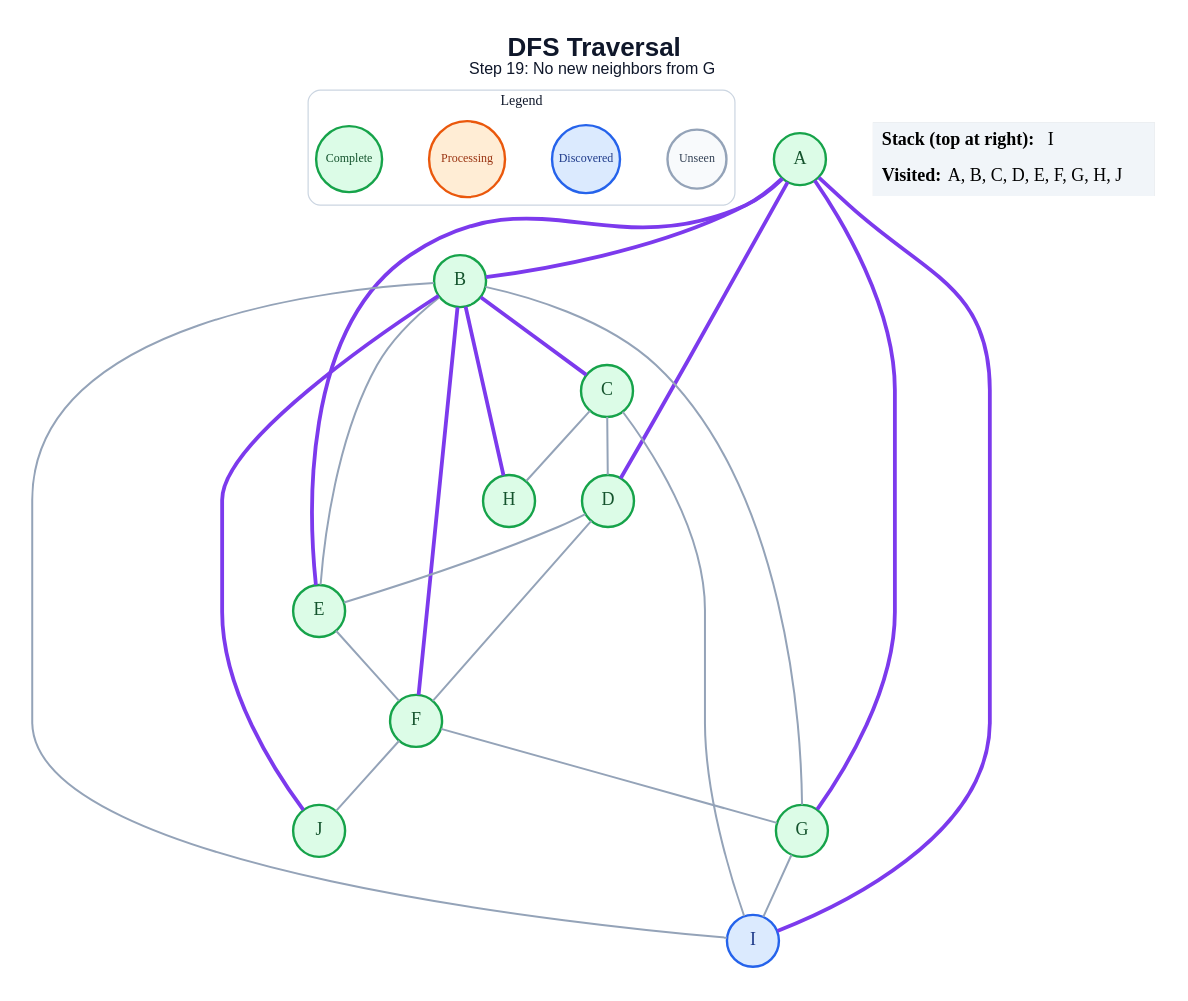
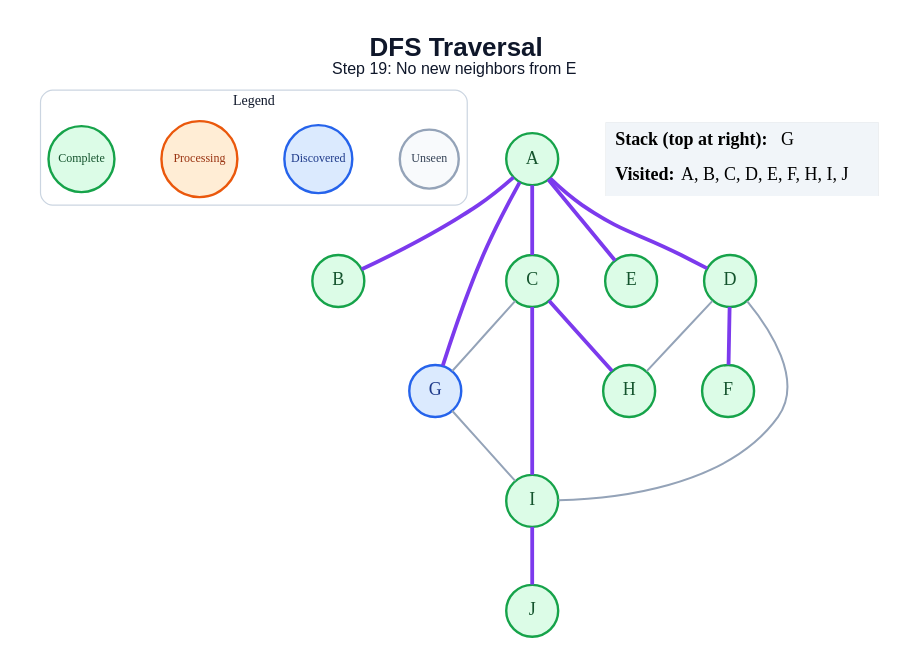
Before and after one commit to amanghodawala9/ai-slop: the diagram in generated/dfs/step_19.dot, drawn with Graphviz. The commit also changed 178 other files, not shown here.

```diff
--- a/generated/dfs/step_19.dot
+++ b/generated/dfs/step_19.dot
@@ -1,50 +1,42 @@
 graph traversal {
   graph [layout=dot, rankdir=TB, bgcolor="#FFFFFF", pad="0.35", nodesep="0.65", ranksep="0.8", fontname="Arial"];
   node [shape=circle, style="filled", fontname="Arial Bold", fontsize=18, width=0.72, fixedsize=true, penwidth=2.4];
   edge [color="#94A3B8", penwidth=2.0];
-  label=<<B>DFS Traversal</B><BR/><FONT POINT-SIZE="16">Step 19: No new neighbors from G</FONT>>; labelloc="t"; fontsize=26; fontname="Arial"; fontcolor="#0F172A";
+  label=<<B>DFS Traversal</B><BR/><FONT POINT-SIZE="16">Step 19: No new neighbors from E</FONT>>; labelloc="t"; fontsize=26; fontname="Arial"; fontcolor="#0F172A";
   subgraph cluster_legend { label="Legend"; color="#CBD5E1"; penwidth=1.2; style="rounded"; fontsize=14; fontname="Arial Bold";
     key_unseen [label="Unseen", fillcolor="#F8FAFC", color="#94A3B8", fontcolor="#334155", fontsize=12, width=0.82];
     key_frontier [label="Discovered", fillcolor="#DBEAFE", color="#2563EB", fontcolor="#1E3A8A", fontsize=12, width=0.95];
     key_current [label="Processing", fillcolor="#FFEDD5", color="#EA580C", fontcolor="#9A3412", fontsize=12, width=1.05];
     key_done [label="Complete", fillcolor="#DCFCE7", color="#16A34A", fontcolor="#14532D", fontsize=12, width=0.92];
     { rank=same; key_unseen; key_frontier; key_current; key_done; }
   }
   A [fillcolor="#DCFCE7", color="#16A34A", fontcolor="#14532D"];
   B [fillcolor="#DCFCE7", color="#16A34A", fontcolor="#14532D"];
   C [fillcolor="#DCFCE7", color="#16A34A", fontcolor="#14532D"];
   D [fillcolor="#DCFCE7", color="#16A34A", fontcolor="#14532D"];
   E [fillcolor="#DCFCE7", color="#16A34A", fontcolor="#14532D"];
   F [fillcolor="#DCFCE7", color="#16A34A", fontcolor="#14532D"];
-  G [fillcolor="#DCFCE7", color="#16A34A", fontcolor="#14532D"];
+  G [fillcolor="#DBEAFE", color="#2563EB", fontcolor="#1E3A8A"];
   H [fillcolor="#DCFCE7", color="#16A34A", fontcolor="#14532D"];
-  I [fillcolor="#DBEAFE", color="#2563EB", fontcolor="#1E3A8A"];
+  I [fillcolor="#DCFCE7", color="#16A34A", fontcolor="#14532D"];
   J [fillcolor="#DCFCE7", color="#16A34A", fontcolor="#14532D"];
   A -- B [color="#7C3AED", penwidth=3.8];
+  A -- C [color="#7C3AED", penwidth=3.8];
   A -- D [color="#7C3AED", penwidth=3.8];
   A -- E [color="#7C3AED", penwidth=3.8];
   A -- G [color="#7C3AED", penwidth=3.8];
-  A -- I [color="#7C3AED", penwidth=3.8];
-  B -- C [color="#7C3AED", penwidth=3.8];
-  B -- E;
-  B -- F [color="#7C3AED", penwidth=3.8];
-  B -- G;
-  B -- H [color="#7C3AED", penwidth=3.8];
-  B -- I;
-  B -- J [color="#7C3AED", penwidth=3.8];
-  C -- D;
-  C -- H;
-  C -- I;
-  D -- E;
-  D -- F;
-  E -- F;
-  F -- G;
-  F -- J;
+  C -- G;
+  C -- H [color="#7C3AED", penwidth=3.8];
+  C -- I [color="#7C3AED", penwidth=3.8];
+  D -- F [color="#7C3AED", penwidth=3.8];
+  D -- H;
+  D -- I;
   G -- I;
+  I -- J [color="#7C3AED", penwidth=3.8];
   status [shape=plain, fixedsize=false, width=0, height=0, margin=0, label=<
     <TABLE BORDER="0" CELLBORDER="0" CELLPADDING="7" BGCOLOR="#F1F5F9">
-      <TR><TD ALIGN="LEFT"><B>Stack (top at right):</B> I</TD></TR>
-      <TR><TD ALIGN="LEFT"><B>Visited:</B> A, B, C, D, E, F, G, H, J</TD></TR>
+      <TR><TD ALIGN="LEFT"><B>Stack (top at right):</B> G</TD></TR>
+      <TR><TD ALIGN="LEFT"><B>Visited:</B> A, B, C, D, E, F, H, I, J</TD></TR>
     </TABLE>
   >];
 }
```
